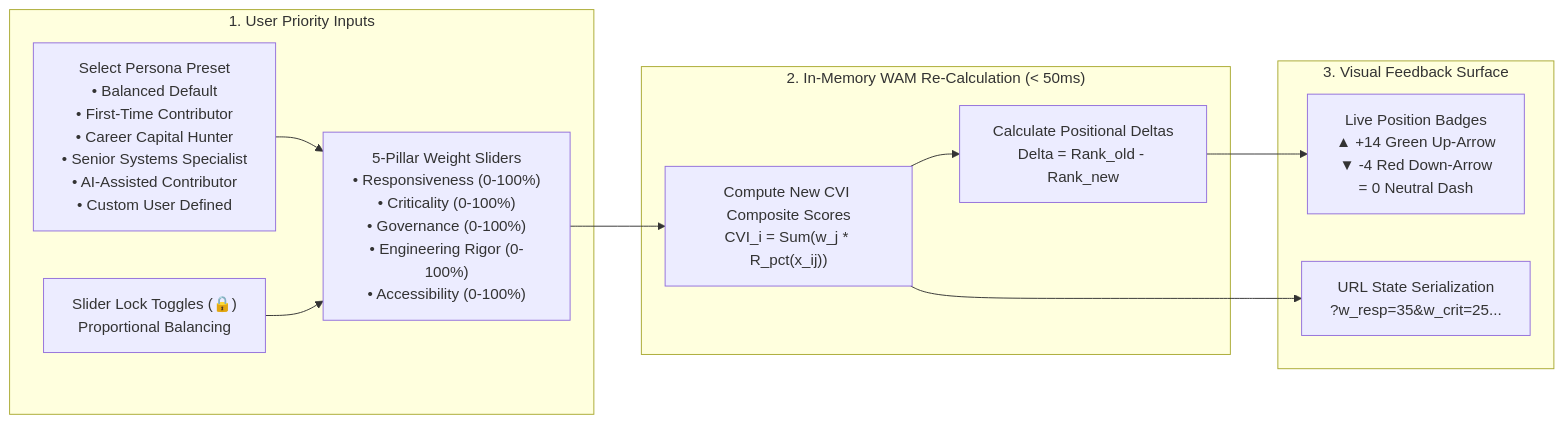
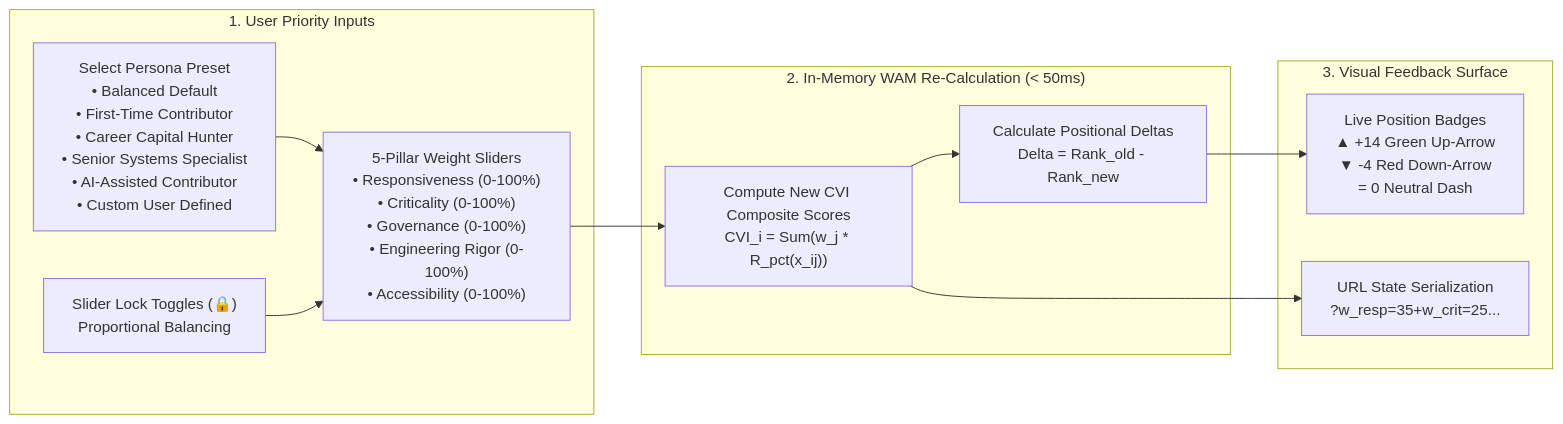
One commit to pctablet505/porchlamp-engine changed diagram 13 of 13 in docs/ARCHITECTURE.md. Above: the diagram before and after it, drawn with Mermaid. The commit also changed other lines of this file and 3 other files, not shown here.

Commit message:
docs: resolve all GFM, KaTeX, and Mermaid rendering issues across architecture and UI specs

````diff
--- a/docs/ARCHITECTURE.md
+++ b/docs/ARCHITECTURE.md
@@ -938,25 +938,25 @@
 ```mermaid
 flowchart LR
     subgraph UserControls ["1. User Priority Inputs"]
         PresetSelect["Select Persona Preset<br/>• Balanced Default<br/>• First-Time Contributor<br/>• Career Capital Hunter<br/>• Senior Systems Specialist<br/>• AI-Assisted Contributor<br/>• Custom User Defined"]
         Sliders["5-Pillar Weight Sliders<br/>• Responsiveness (0-100%)<br/>• Criticality (0-100%)<br/>• Governance (0-100%)<br/>• Engineering Rigor (0-100%)<br/>• Accessibility (0-100%)"]
         LockToggles["Slider Lock Toggles (🔒)<br/>Proportional Balancing"]
     end
 
     subgraph DynamicEngine ["2. In-Memory WAM Re-Calculation (< 50ms)"]
         Recompute["Compute New CVI Composite Scores<br/>CVI_i = Sum(w_j * R_pct(x_ij))"]
         DeltaAudit["Calculate Positional Deltas<br/>Delta = Rank_old - Rank_new"]
     end
 
     subgraph RealTimeView ["3. Visual Feedback Surface"]
         DeltaBadges["Live Position Badges<br/>▲ +14 Green Up-Arrow<br/>▼ -4 Red Down-Arrow<br/>= 0 Neutral Dash"]
-        URLSync["URL State Serialization<br/>?w_resp=35&w_crit=25..."]
+        URLSync["URL State Serialization<br/>?w_resp=35+w_crit=25..."]
     end
 
     PresetSelect --> Sliders
     LockToggles --> Sliders
     Sliders --> Recompute
     Recompute --> DeltaAudit
     DeltaAudit --> DeltaBadges
     Recompute --> URLSync
 ```
````
